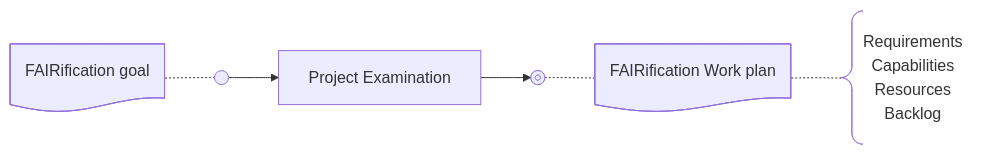
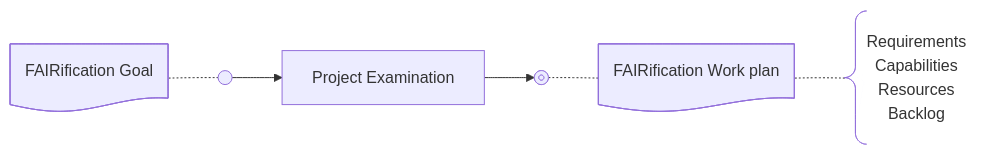
The diagram in pages/framework/diagrams-mmd/FAIRificationProcess-menu-02.mmd (elixir-europe/interoperability_2024-26), drawn with Mermaid before and after one commit. The commit also changed 3 other files, not shown here.

```diff
--- a/pages/framework/diagrams-mmd/FAIRificationProcess-menu-02.mmd
+++ b/pages/framework/diagrams-mmd/FAIRificationProcess-menu-02.mmd
@@ -1,11 +1,11 @@
 flowchart LR;
-    A@{ shape: doc, label: "FAIRification goal" }
+    A@{ shape: doc, label: "FAIRification Goal" }
     start@{ shape: sm-circ, label: "Define FAIRification Goal" }
     PhaseII@{ shape: process, label: "Project Examination"}
     finish@{ shape: framed-circle, label: "Iterative FAIRification Cycles" }
     B1@{ shape: doc, label: "FAIRification Work plan" }
     B2@{ shape: brace, label: "Requirements
     Capabilities
     Resources
     Backlog" }
     A -.- start --> PhaseII --> finish -.- B1 -.- B2
```
